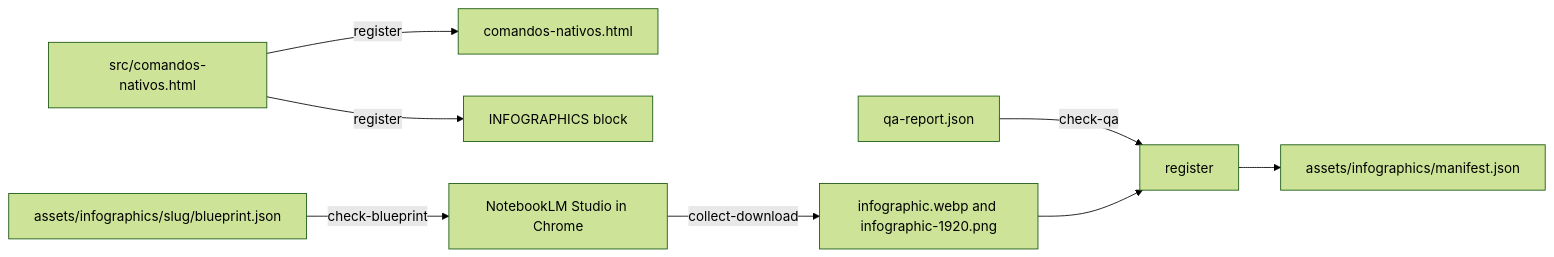
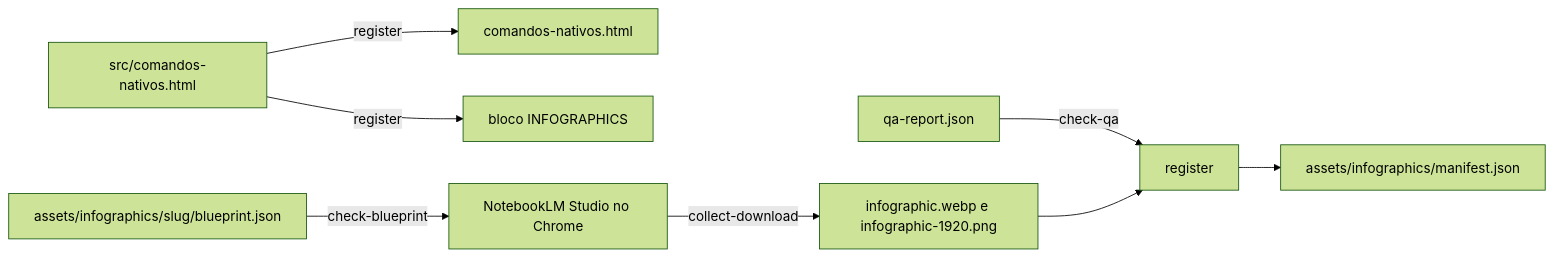
The first of 2 diagrams in README.md (sophia-phillipa/claude-native-commands), drawn with Mermaid (forest theme) before and after one commit. The commit also changed other lines of this file and 2 other files, not shown here.

````diff
--- a/README.md
+++ b/README.md
@@ -168,10 +166,10 @@
 ```mermaid
 flowchart LR
     src["src/comandos-nativos.html"] -->|register| page["comandos-nativos.html"]
-    src -->|register| block["INFOGRAPHICS block"]
-    blueprint["assets/infographics/slug/blueprint.json"] -->|check-blueprint| run["NotebookLM Studio in Chrome"]
-    run -->|collect-download| assets["infographic.webp and infographic-1920.png"]
+    src -->|register| block["bloco INFOGRAPHICS"]
+    blueprint["assets/infographics/slug/blueprint.json"] -->|check-blueprint| run["NotebookLM Studio no Chrome"]
+    run -->|collect-download| assets["infographic.webp e infographic-1920.png"]
     report["qa-report.json"] -->|check-qa| register["register"]
     assets --> register
     register --> manifest["assets/infographics/manifest.json"]
 ```
````
